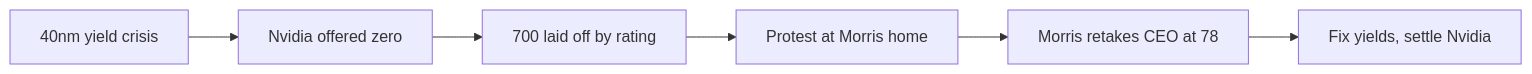
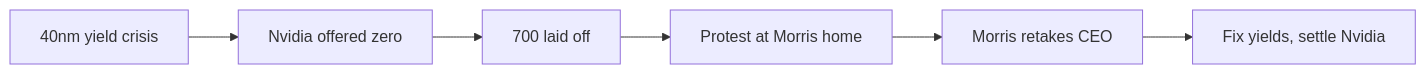
One commit to jrajath94/ai-podcast-curriculum changed the first of 3 diagrams in content/tracks/acquired/ep02.md. Above: the diagram before and after it, drawn with Mermaid. The commit also changed other lines of this file, not shown here.

````diff
--- a/content/tracks/acquired/ep02.md
+++ b/content/tracks/acquired/ep02.md
@@ -84,8 +84,8 @@
 ```mermaid
 graph LR
     A[40nm yield crisis] --> B[Nvidia offered zero]
-    B --> C[700 laid off by rating]
+    B --> C[700 laid off]
     C --> D[Protest at Morris home]
-    D --> E[Morris retakes CEO at 78]
+    D --> E[Morris retakes CEO]
     E --> F[Fix yields, settle Nvidia]
 ```
````
